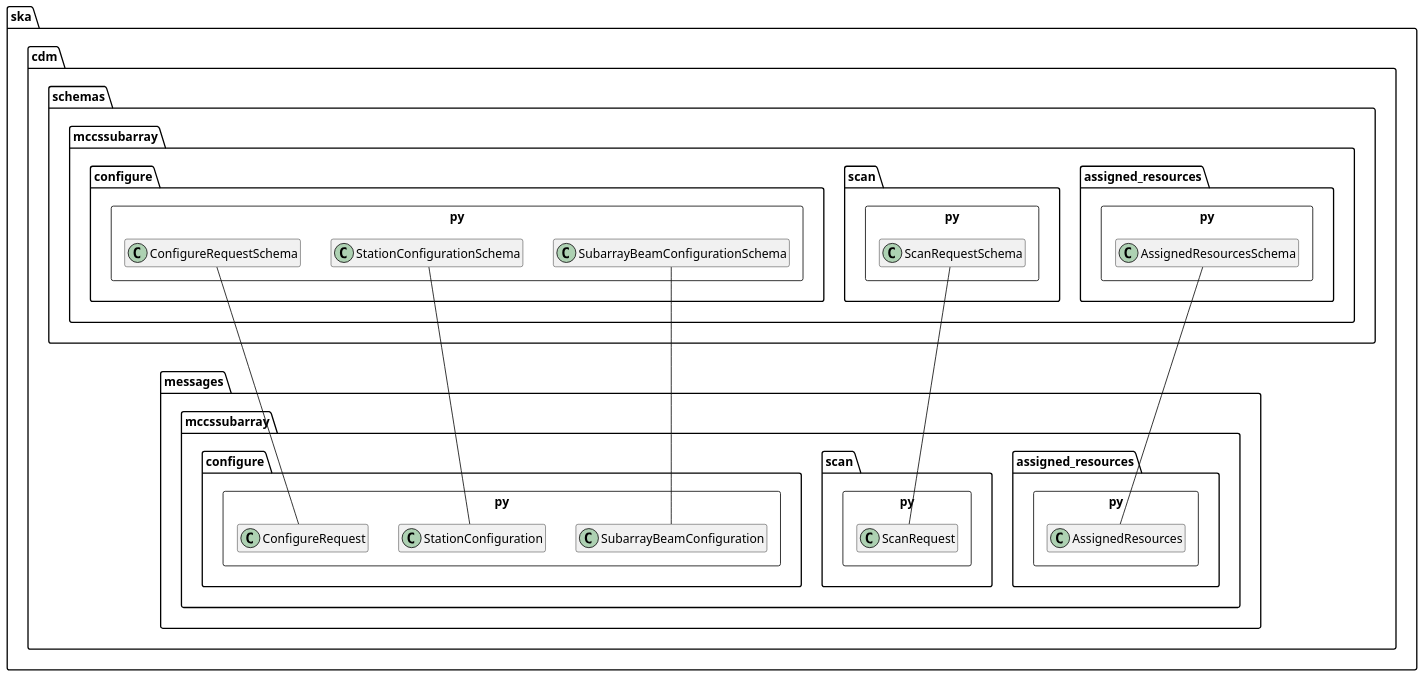
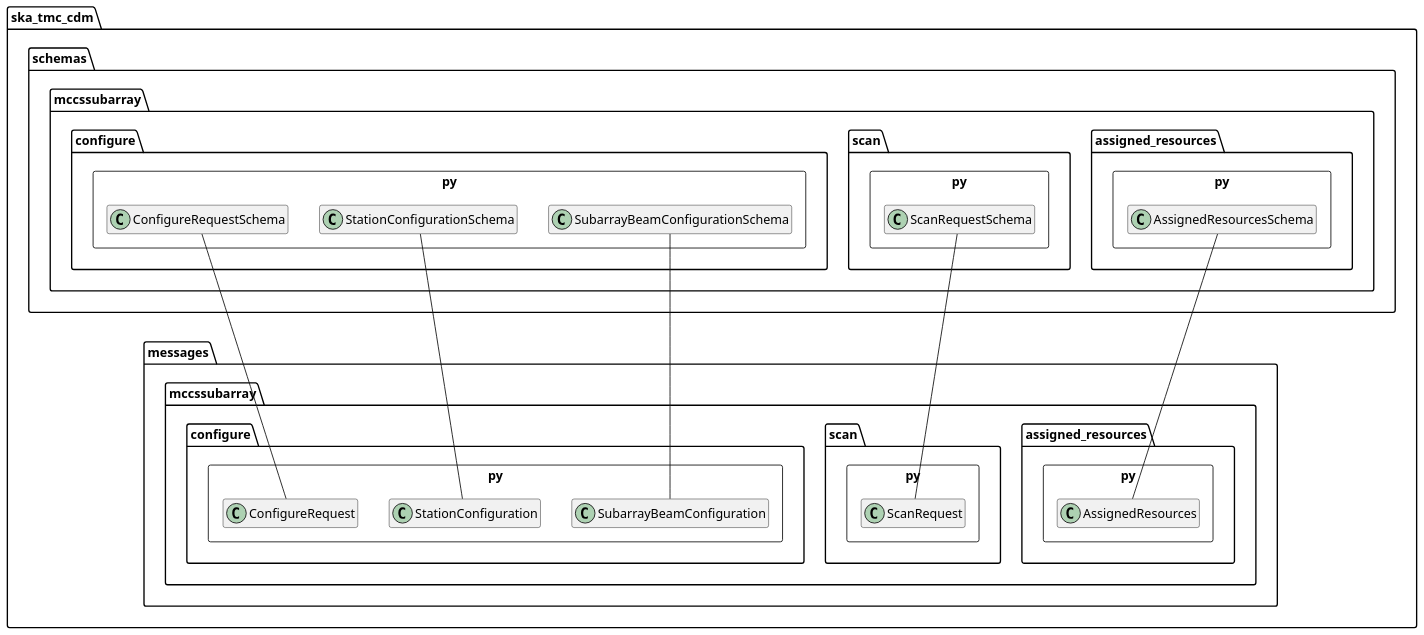
The diagram in docs/src/developer/schema_mccssubarray.puml (ska-telescope/cdm-shared-library), drawn with PlantUML before and after one commit. The commit also changed 231 other files, not shown here.

Commit message:
AT2-8865: Rename ska.cdm module to ska_tmc_cdm

```diff
--- a/docs/src/developer/schema_mccssubarray.puml
+++ b/docs/src/developer/schema_mccssubarray.puml
@@ -1,45 +1,45 @@
 @startuml
 scale 2000 width
 !pragma useNewPackage
 hide empty members
 
-package ska.cdm.messages.mccssubarray {
+package ska_tmc_cdm.messages.mccssubarray {
     package configure.py <<Rectangle>> {
         class ConfigureRequest
         class StationConfiguration
         class SubarrayBeamConfiguration
     }
 
     package scan.py <<Rectangle>> {
         class ScanRequest
     }
 
     package assigned_resources.py <<Rectangle>> {
         class AssignedResources
     }
 }
 
-package ska.cdm.schemas.mccssubarray {
+package ska_tmc_cdm.schemas.mccssubarray {
 	package configure.py <<Rectangle>> {
         class ConfigureRequestSchema
         class StationConfigurationSchema
         class SubarrayBeamConfigurationSchema
 	}
 
 	package scan.py <<Rectangle>> {
 		class ScanRequestSchema
 	}
 
 	package assigned_resources.py <<Rectangle>> {
 		class AssignedResourcesSchema
 	}
 }
 
 ScanRequestSchema --- ScanRequest
 
 StationConfigurationSchema --- StationConfiguration
 SubarrayBeamConfigurationSchema --- SubarrayBeamConfiguration
 ConfigureRequestSchema --- ConfigureRequest
 AssignedResourcesSchema --- AssignedResources
 
 @enduml
```
